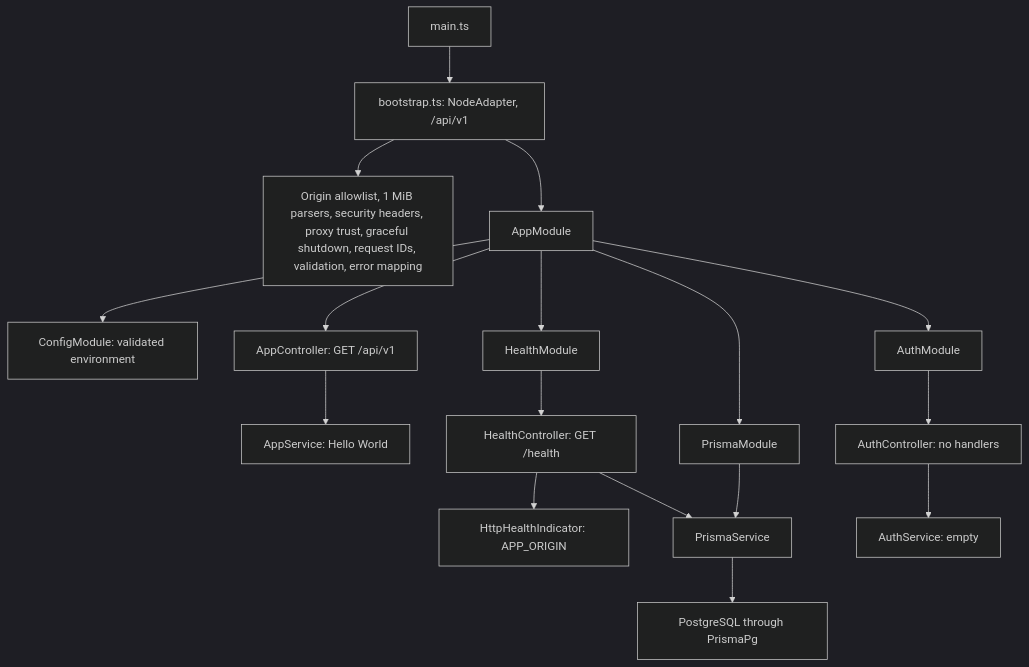
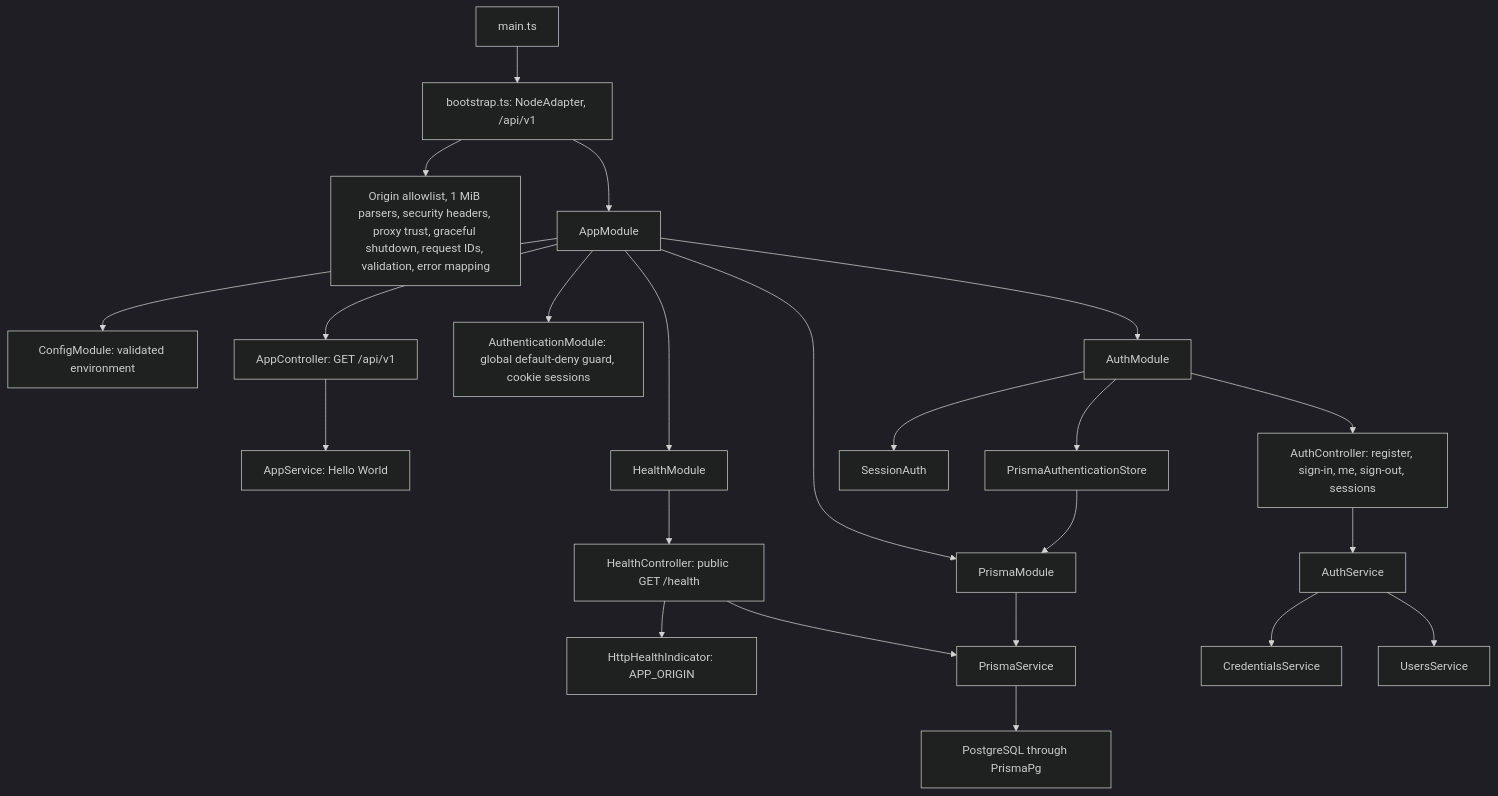
The diagram in apps/api/docs/backend/API_MAP.md (aditya04tripathi/avenro), drawn with Mermaid (dark theme) before and after one commit. The commit also changed other lines of this file and 2 other files, not shown here.

First line of the commit message:
docs: record auth implementation and acceptance blocker

````diff
--- a/apps/api/docs/backend/API_MAP.md
+++ b/apps/api/docs/backend/API_MAP.md
@@ -7,19 +7,25 @@
 ```mermaid
 flowchart TD
   Main[main.ts] --> Boot[bootstrap.ts: NodeAdapter, /api/v1]
   Boot --> Transport[Origin allowlist, 1 MiB parsers, security headers, proxy trust, graceful shutdown, request IDs, validation, error mapping]
   Boot --> App[AppModule]
   App --> Config[ConfigModule: validated environment]
   App --> Root[AppController: GET /api/v1]
   Root --> Hello[AppService: Hello World]
   App --> Health[HealthModule]
-  Health --> HC[HealthController: GET /health]
+  Health --> HC[HealthController: public GET /health]
   HC --> HTTP[HttpHealthIndicator: APP_ORIGIN]
   HC --> DB[PrismaService]
   App --> PM[PrismaModule]
   PM --> DB
   DB --> PG[PostgreSQL through PrismaPg]
+  App --> AM[AuthenticationModule: global default-deny guard, cookie sessions]
   App --> Auth[AuthModule]
-  Auth --> AC[AuthController: no handlers]
-  AC --> AS[AuthService: empty]
+  Auth --> AC[AuthController: register, sign-in, me, sign-out, sessions]
+  AC --> AS[AuthService]
+  AS --> CS[CredentialsService]
+  AS --> US[UsersService]
+  Auth --> SA[SessionAuth]
+  Auth --> Store[PrismaAuthenticationStore]
+  Store --> PM
 ```
````
